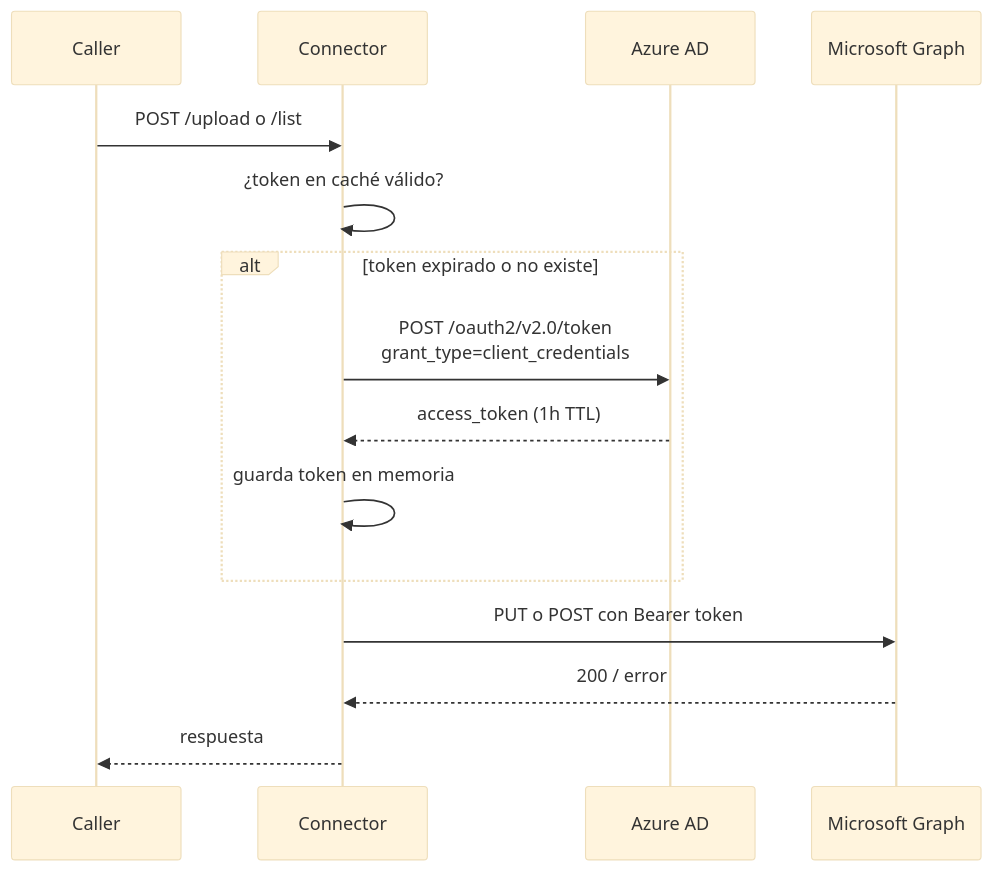
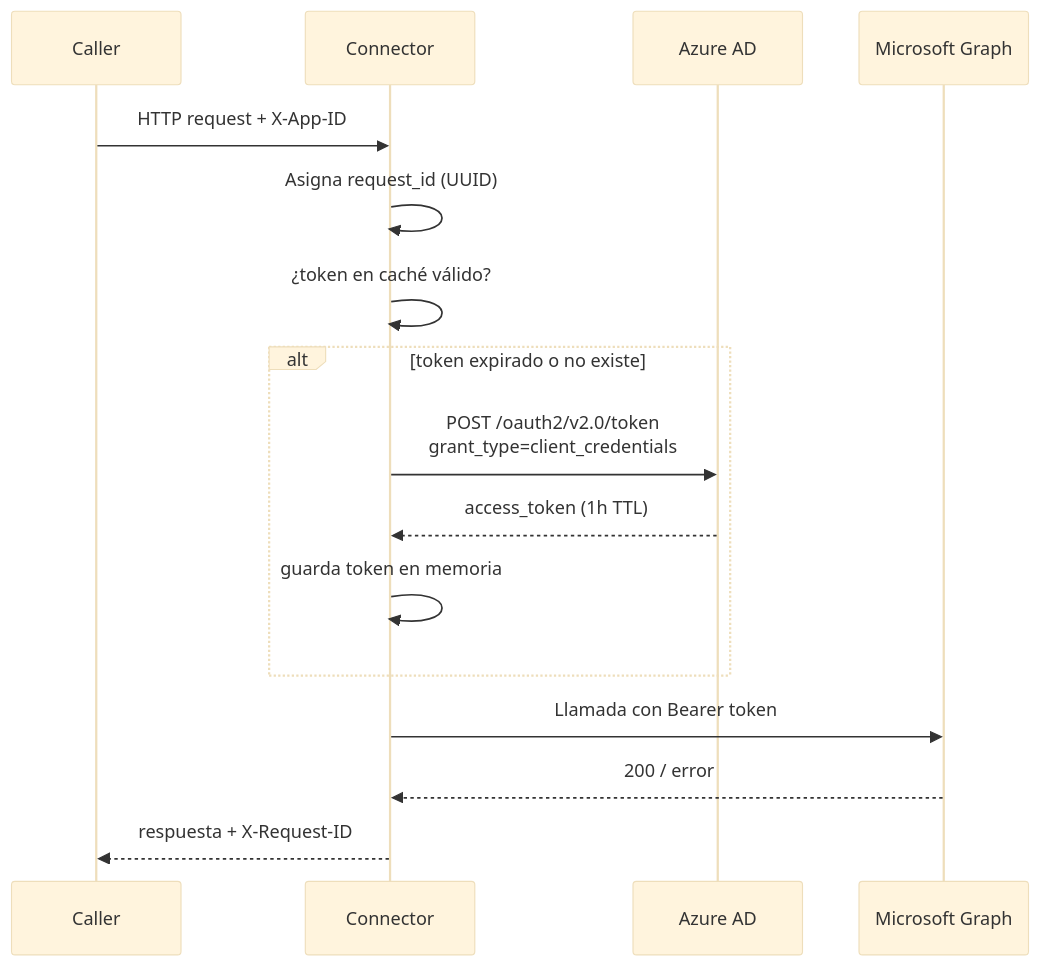
The third of 3 diagrams in ARQUITECTURA.md (juclopezal/SharepointConnector), drawn with Mermaid (base theme) before and after one commit. The commit also changed other lines of this file and 42 other files, not shown here.

````diff
--- a/ARQUITECTURA.md
+++ b/ARQUITECTURA.md
@@ -255,18 +352,19 @@
 ```mermaid
 sequenceDiagram
     participant Caller
     participant Connector
     participant AAD as Azure AD
     participant Graph as Microsoft Graph
 
-    Caller->>Connector: POST /upload o /list
+    Caller->>Connector: HTTP request + X-App-ID
+    Connector->>Connector: Asigna request_id (UUID)
     Connector->>Connector: ¿token en caché válido?
     alt token expirado o no existe
         Connector->>AAD: POST /oauth2/v2.0/token<br/>grant_type=client_credentials
         AAD-->>Connector: access_token (1h TTL)
         Connector->>Connector: guarda token en memoria
     end
-    Connector->>Graph: PUT o POST con Bearer token
+    Connector->>Graph: Llamada con Bearer token
     Graph-->>Connector: 200 / error
-    Connector-->>Caller: respuesta
+    Connector-->>Caller: respuesta + X-Request-ID
 ```
````
